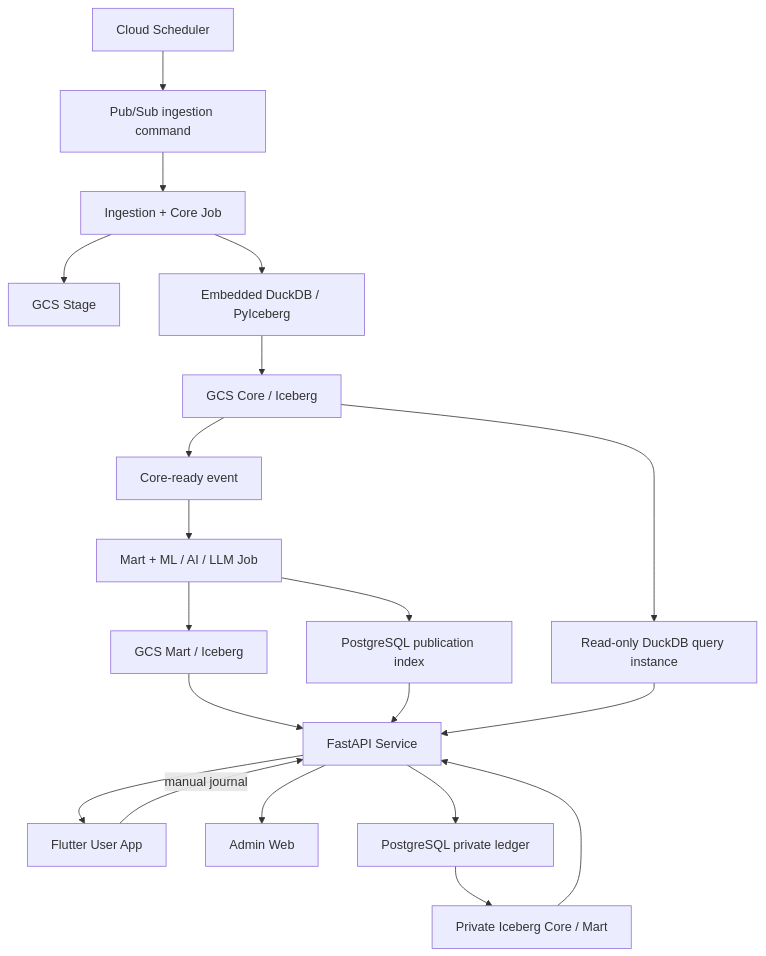
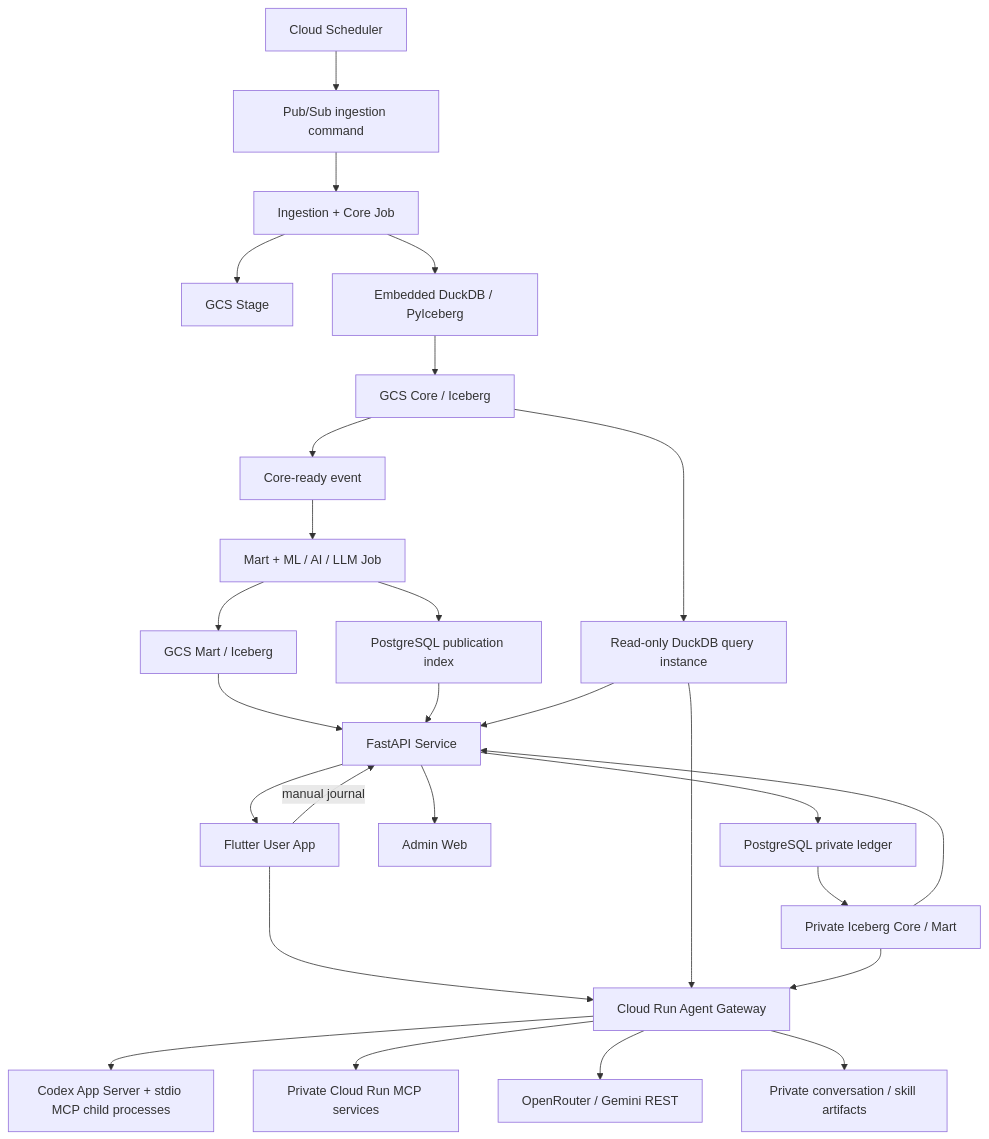
Before and after one commit to tommylin15/janus-omniforge: the diagram in doc/spec/repository-and-gcp.md, drawn with Mermaid. The commit also changed other lines of this file and 14 other files, not shown here.

````diff
--- a/doc/spec/repository-and-gcp.md
+++ b/doc/spec/repository-and-gcp.md
@@ -38,22 +41,29 @@
 ```mermaid
 flowchart TD
     A["Cloud Scheduler"] --> B["Pub/Sub ingestion command"]
     B --> C["Ingestion + Core Job"]
     C --> D["GCS Stage"]
     C --> E["Embedded DuckDB / PyIceberg"]
     E --> F["GCS Core / Iceberg"]
     F --> G["Core-ready event"]
     G --> H["Mart + ML / AI / LLM Job"]
     H --> I["GCS Mart / Iceberg"]
     H --> J["PostgreSQL publication index"]
     I --> K["FastAPI Service"]
     J --> K
     K --> M["Flutter User App"]
     K --> N["Admin Web"]
     M -->|"manual journal"| K
     K --> O["PostgreSQL private ledger"]
     O --> P["Private Iceberg Core / Mart"]
     P --> K
     F --> L["Read-only DuckDB query instance"]
     L --> K
+    M --> Q["Cloud Run Agent Gateway"]
+    Q --> R["Codex App Server + stdio MCP child processes"]
+    Q --> S["Private Cloud Run MCP services"]
+    Q --> T["OpenRouter / Gemini REST"]
+    L --> Q
+    P --> Q
+    Q --> U["Private conversation / skill artifacts"]
 ```
````
